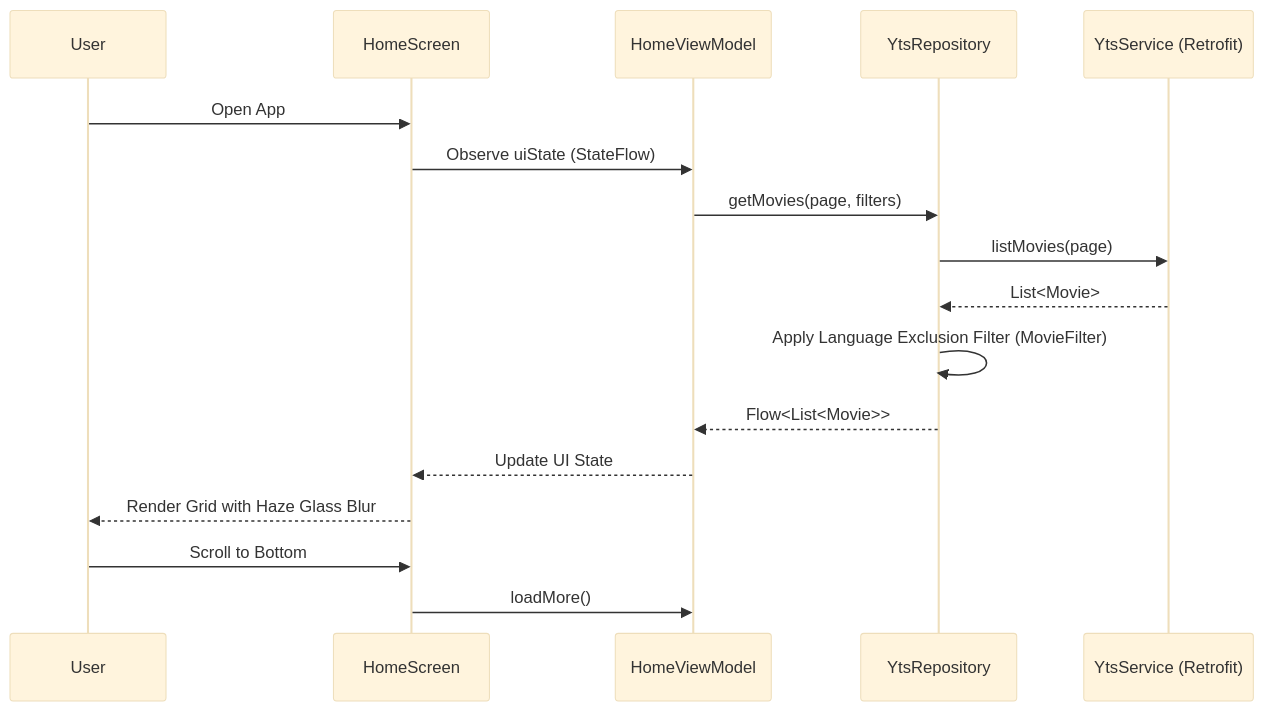
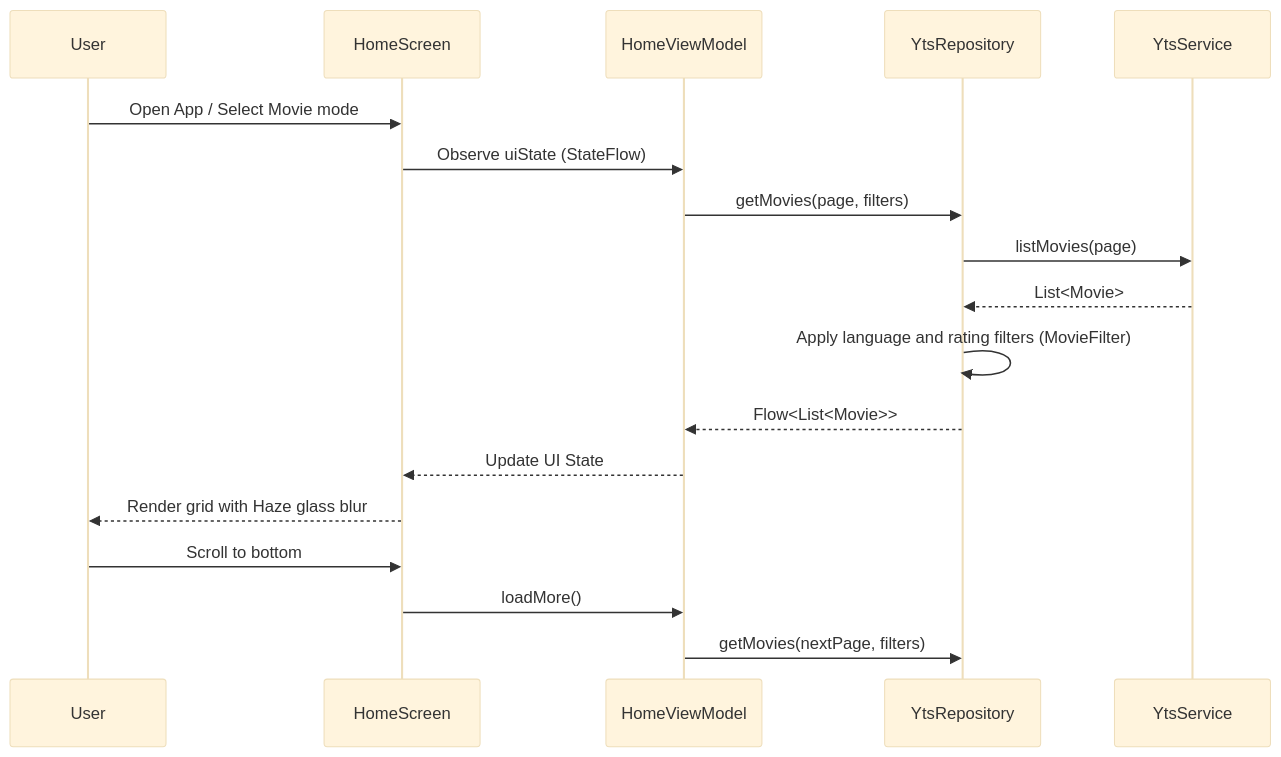
One commit to martinrevert/LaTorrentola changed the second of 8 diagrams in ARCHITECTURE.md. Above: the diagram before and after it, drawn with Mermaid (base theme). The commit also changed other lines of this file and 2 other files, not shown here.

Commit message:
Enhance documentation for in-app torrent handling, playback, and subtitle management

````diff
--- a/ARCHITECTURE.md
+++ b/ARCHITECTURE.md
@@ -140,20 +193,21 @@
 ```mermaid
 sequenceDiagram
     participant U as User
     participant HS as HomeScreen
     participant VM as HomeViewModel
     participant R as YtsRepository
-    participant N as YtsService (Retrofit)
+    participant N as YtsService
 
-    U->>HS: Open App
+    U->>HS: Open App / Select Movie mode
     HS->>VM: Observe uiState (StateFlow)
     VM->>R: getMovies(page, filters)
     R->>N: listMovies(page)
     N-->>R: List<Movie>
-    R->>R: Apply Language Exclusion Filter (MovieFilter)
+    R->>R: Apply language and rating filters (MovieFilter)
     R-->>VM: Flow<List<Movie>>
     VM-->>HS: Update UI State
-    HS-->>U: Render Grid with Haze Glass Blur
-    U->>HS: Scroll to Bottom
+    HS-->>U: Render grid with Haze glass blur
+    U->>HS: Scroll to bottom
     HS->>VM: loadMore()
+    VM->>R: getMovies(nextPage, filters)
 ```
````
